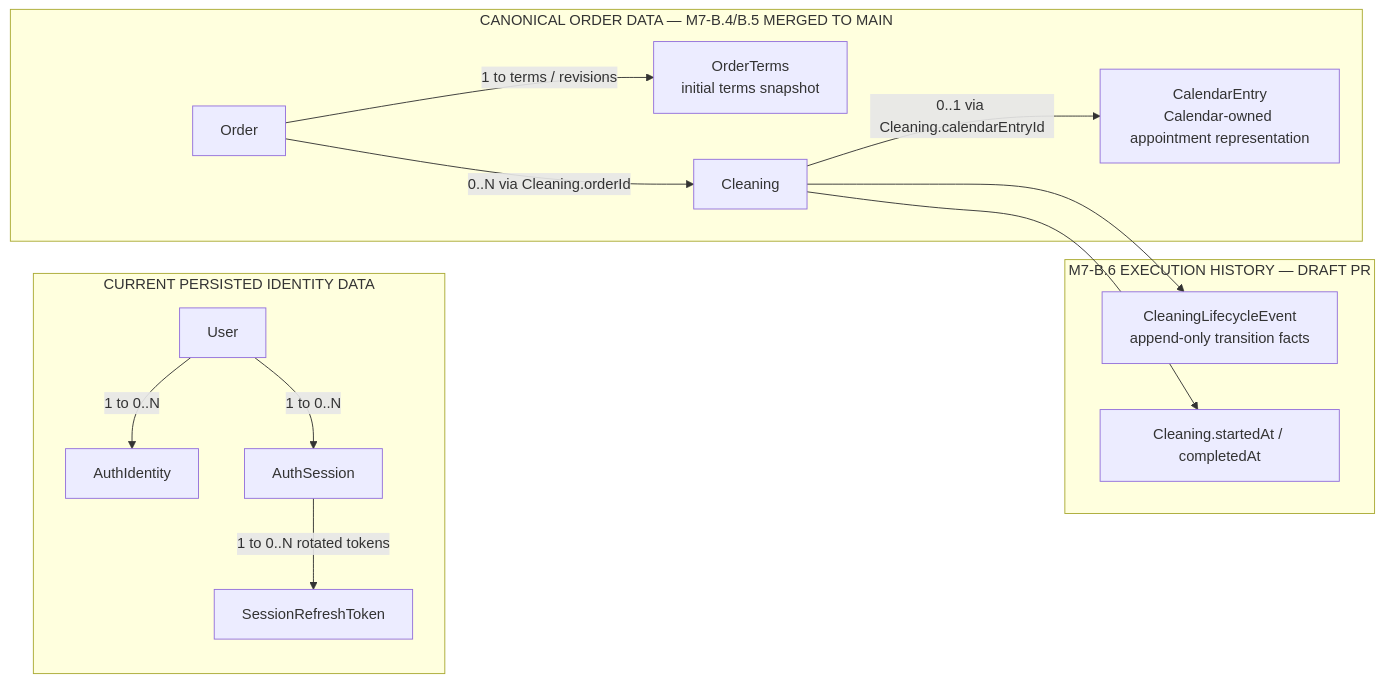
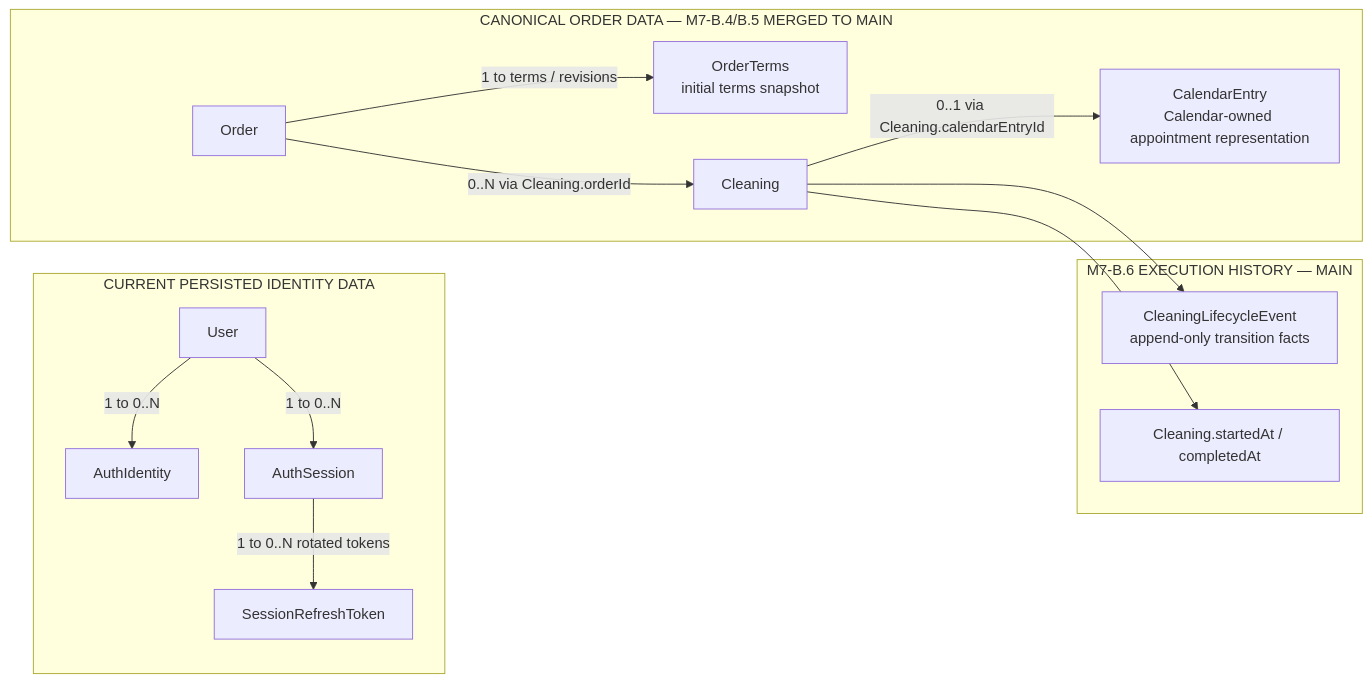
Before and after one commit to qleanfeel-bot/qleanfeel-rn: the fifth of 9 diagrams in docs/ARCHITECTURE_MAP.md, drawn with Mermaid. The commit also changed other lines of this file and 12 other files, not shown here.

Commit message:
feat(cleanings): add retrieval and lifecycle history reads

````diff
--- a/docs/ARCHITECTURE_MAP.md
+++ b/docs/ARCHITECTURE_MAP.md
@@ -192,28 +192,28 @@
 ```mermaid
 flowchart LR
   subgraph Current["CURRENT PERSISTED IDENTITY DATA"]
     User["User"]
     AuthIdentity["AuthIdentity"]
     AuthSession["AuthSession"]
     Refresh["SessionRefreshToken"]
     User -->|"1 to 0..N"| AuthIdentity
     User -->|"1 to 0..N"| AuthSession
     AuthSession -->|"1 to 0..N rotated tokens"| Refresh
   end
 
   subgraph Business["CANONICAL ORDER DATA — M7-B.4/B.5 MERGED TO MAIN"]
     Order["Order"]
     Terms["OrderTerms<br/>initial terms snapshot"]
     Cleaning["Cleaning"]
     Entry["CalendarEntry<br/>Calendar-owned appointment representation"]
     Order -->|"1 to terms / revisions"| Terms
     Order -->|"0..N via Cleaning.orderId"| Cleaning
     Cleaning -->|"0..1 via Cleaning.calendarEntryId"| Entry
   end
-  subgraph Lifecycle["M7-B.6 EXECUTION HISTORY — DRAFT PR"]
+  subgraph Lifecycle["M7-B.6 EXECUTION HISTORY — MAIN"]
     Events["CleaningLifecycleEvent<br/>append-only transition facts"]
     Timestamps["Cleaning.startedAt / completedAt"]
     Cleaning --> Events
     Cleaning --> Timestamps
   end
 ```
````
